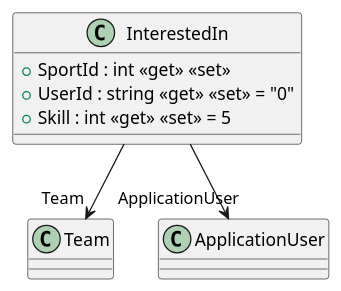
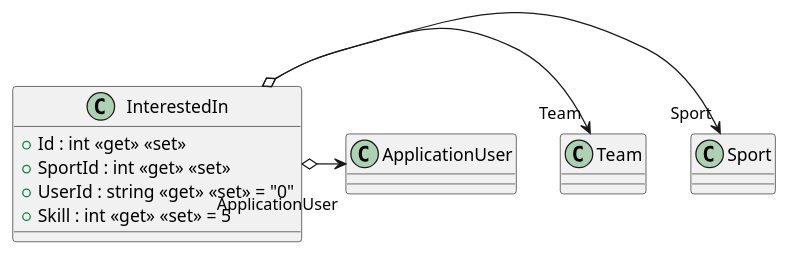
Before and after one commit to SEII2627SEALLUAN/SEII2627SEALLUAN: the diagram in src/AppForSEII.API/ClassDiagram/InterestedIn.puml, drawn with PlantUML. The commit also changed 13 other files, not shown here.

Commit message:
Add CreateIdentitySchema migration for N:N relationships and updated class diagrams

```diff
--- a/src/AppForSEII.API/ClassDiagram/InterestedIn.puml
+++ b/src/AppForSEII.API/ClassDiagram/InterestedIn.puml
@@ -1,9 +1,11 @@
 @startuml
 class InterestedIn {
+    + Id : int <<get>> <<set>>
     + SportId : int <<get>> <<set>>
     + UserId : string <<get>> <<set>> = "0"
     + Skill : int <<get>> <<set>> = 5
 }
-InterestedIn --> "Team" Team
-InterestedIn --> "ApplicationUser" ApplicationUser
+InterestedIn o-> "Sport" Sport
+InterestedIn o-> "Team" Team
+InterestedIn o-> "ApplicationUser" ApplicationUser
 @enduml
```
